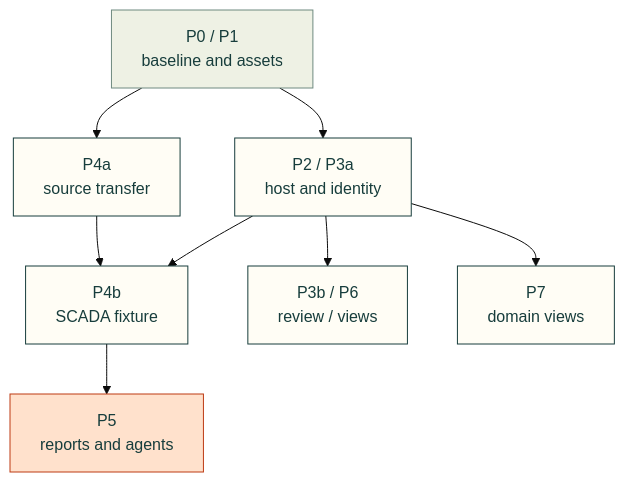
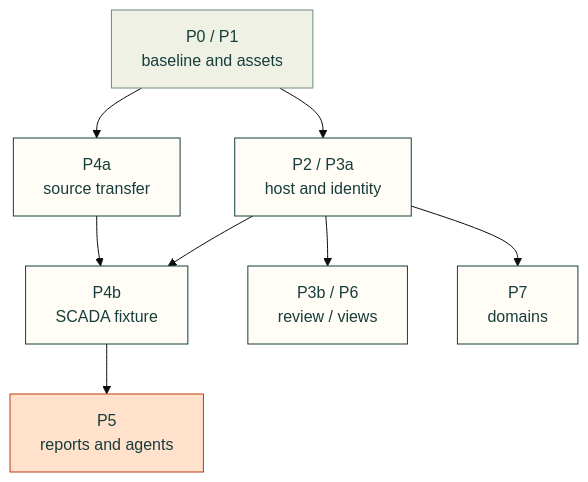
Before and after one commit to Valpatel/cad-agent: the diagram in docs/practice/workbench/migration-and-validation.md, drawn with Mermaid (base theme).

Commit message:
docs: keep migration diagram within the article viewport

````diff
--- a/docs/practice/workbench/migration-and-validation.md
+++ b/docs/practice/workbench/migration-and-validation.md
@@ -22,16 +22,16 @@
 ```mermaid
 flowchart TD
   A["P0 / P1<br/>baseline and assets"] --> B["P2 / P3a<br/>host and identity"]
   A --> C["P4a<br/>source transfer"]
   B --> D["P4b<br/>SCADA fixture"]
   C --> D
   B --> E["P3b / P6<br/>review / views"]
-  B --> G["P7<br/>domain views"]
+  B --> G["P7<br/>domains"]
   D --> F["P5<br/>reports and agents"]
   classDef here fill:#fffdf5,stroke:#173d3c,color:#173d3c
   classDef near fill:#eef1e4,stroke:#6f8a80,color:#173d3c
   classDef out fill:#ffe1cc,stroke:#bd3a12,color:#173d3c
   class B,C,D,E,G here
   class A near
   class F out
 ```
````
